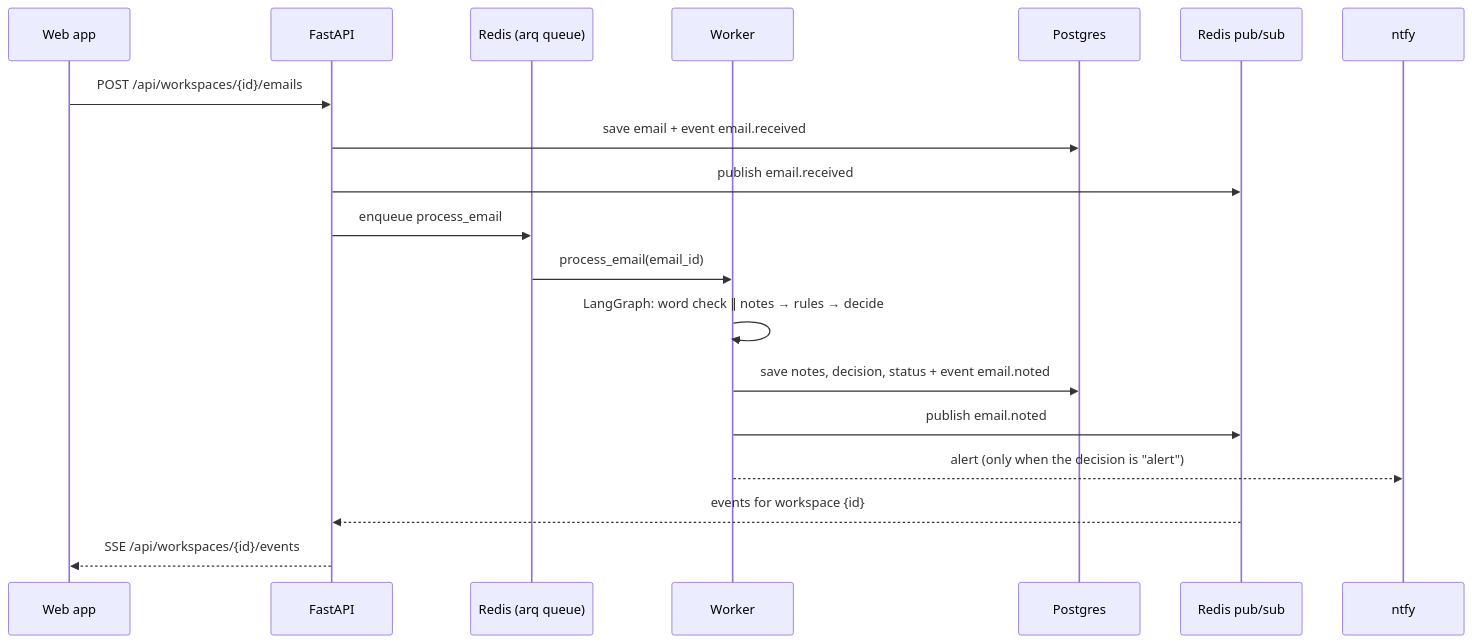
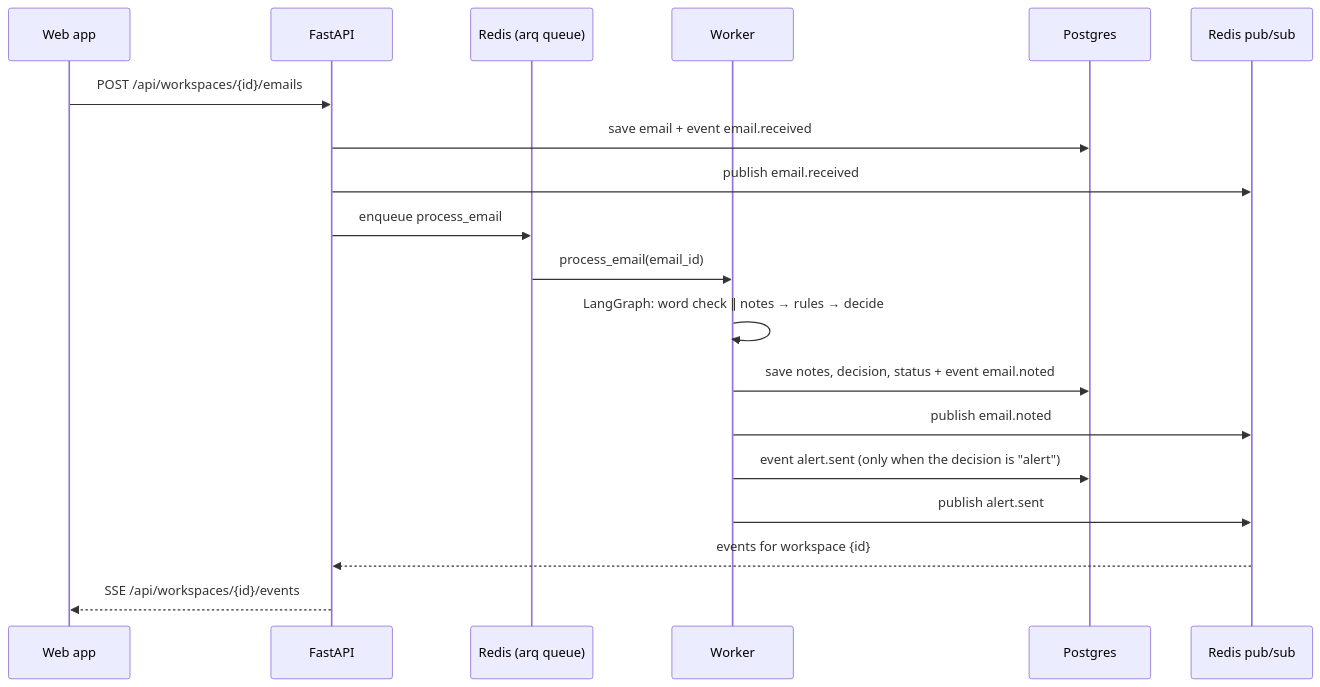
Before and after one commit to himanshu634/Herald: the first of 3 diagrams in docs/architecture.md, drawn with Mermaid. The commit also changed other lines of this file and 12 other files, not shown here.

````diff
--- a/docs/architecture.md
+++ b/docs/architecture.md
@@ -18,22 +18,22 @@
 ```mermaid
 sequenceDiagram
     participant Web as Web app
     participant API as FastAPI
     participant Q as Redis (arq queue)
     participant W as Worker
     participant DB as Postgres
     participant Bus as Redis pub/sub
-    participant Phone as ntfy
 
     Web->>API: POST /api/workspaces/{id}/emails
     API->>DB: save email + event email.received
     API->>Bus: publish email.received
     API->>Q: enqueue process_email
     Q->>W: process_email(email_id)
     W->>W: LangGraph: word check ∥ notes → rules → decide
     W->>DB: save notes, decision, status + event email.noted
     W->>Bus: publish email.noted
-    W-->>Phone: alert (only when the decision is "alert")
+    W->>DB: event alert.sent (only when the decision is "alert")
+    W->>Bus: publish alert.sent
     Bus-->>API: events for workspace {id}
     API-->>Web: SSE /api/workspaces/{id}/events
 ```
````
